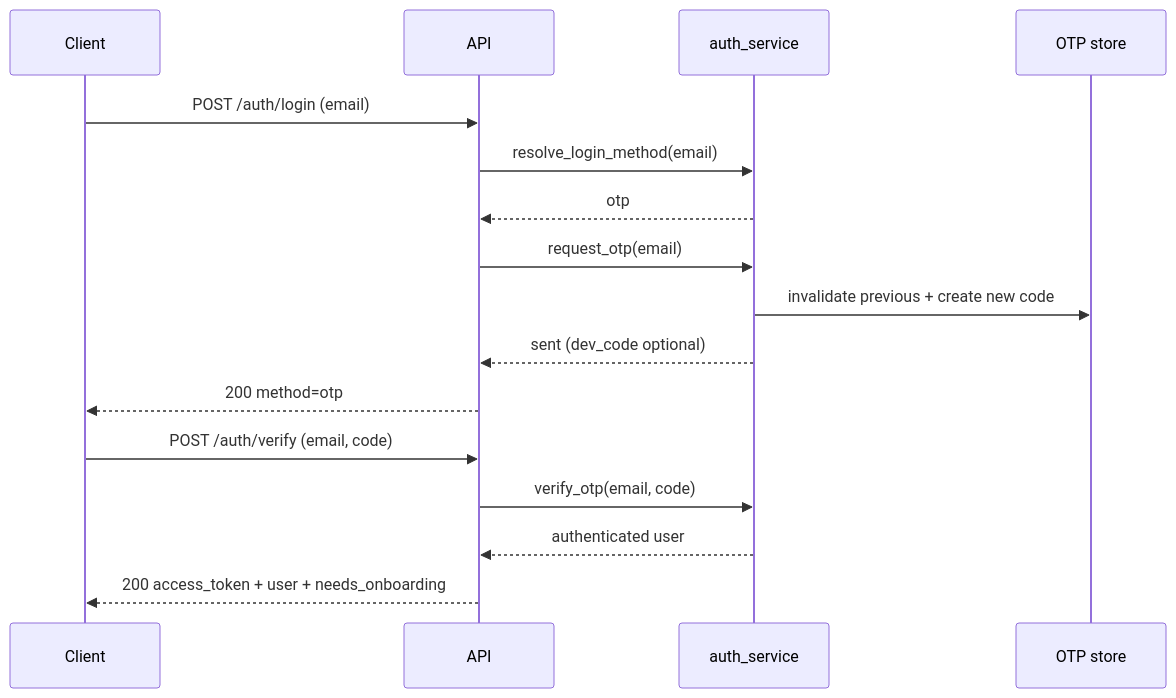
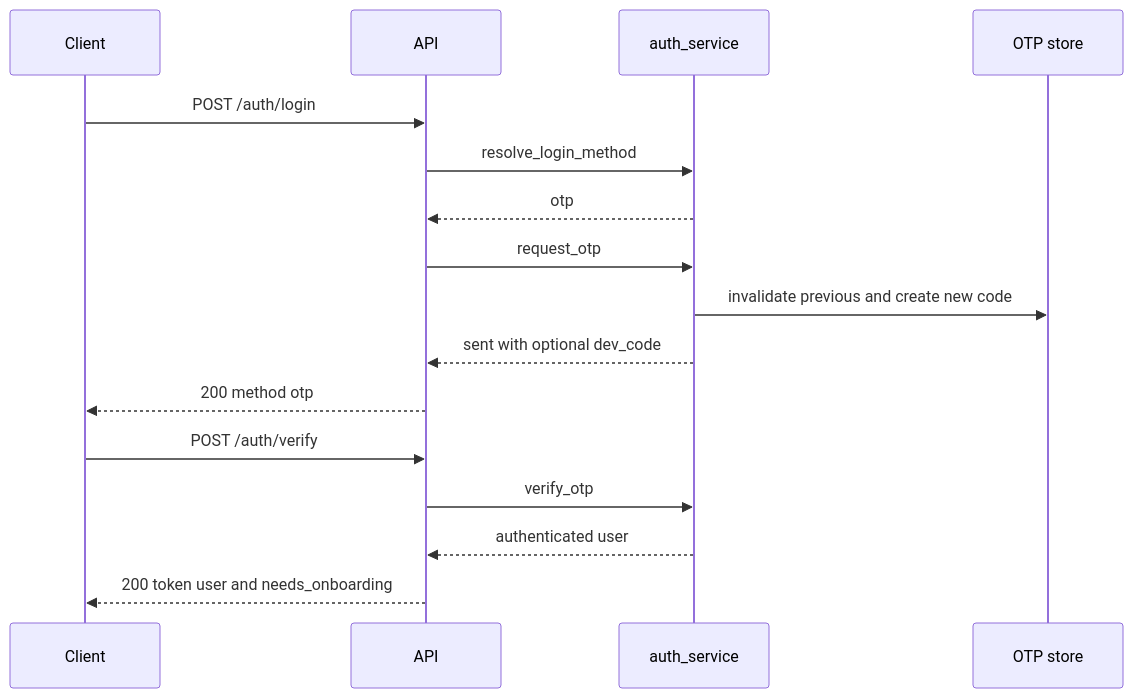
The second of 9 diagrams in API_WORKFLOWS.md (BradyTun/Let-s-Tech-Project-Planning-App), drawn with Mermaid before and after one commit. The commit also changed other lines of this file and 2 other files, not shown here.

Commit message:
refactor(api): rename project endpoints to epic endpoints

````diff
--- a/API_WORKFLOWS.md
+++ b/API_WORKFLOWS.md
@@ -42,20 +42,20 @@
 ```mermaid
 sequenceDiagram
     participant C as Client
     participant API as API
     participant AUTH as auth_service
     participant OTP as OTP store
 
-    C->>API: POST /auth/login (email)
-    API->>AUTH: resolve_login_method(email)
+    C->>API: POST /auth/login
+    API->>AUTH: resolve_login_method
     AUTH-->>API: otp
-    API->>AUTH: request_otp(email)
-    AUTH->>OTP: invalidate previous + create new code
-    AUTH-->>API: sent (dev_code optional)
-    API-->>C: 200 method=otp
+    API->>AUTH: request_otp
+    AUTH->>OTP: invalidate previous and create new code
+    AUTH-->>API: sent with optional dev_code
+    API-->>C: 200 method otp
 
-    C->>API: POST /auth/verify (email, code)
-    API->>AUTH: verify_otp(email, code)
+    C->>API: POST /auth/verify
+    API->>AUTH: verify_otp
     AUTH-->>API: authenticated user
-    API-->>C: 200 access_token + user + needs_onboarding
+    API-->>C: 200 token user and needs_onboarding
 ```
````
